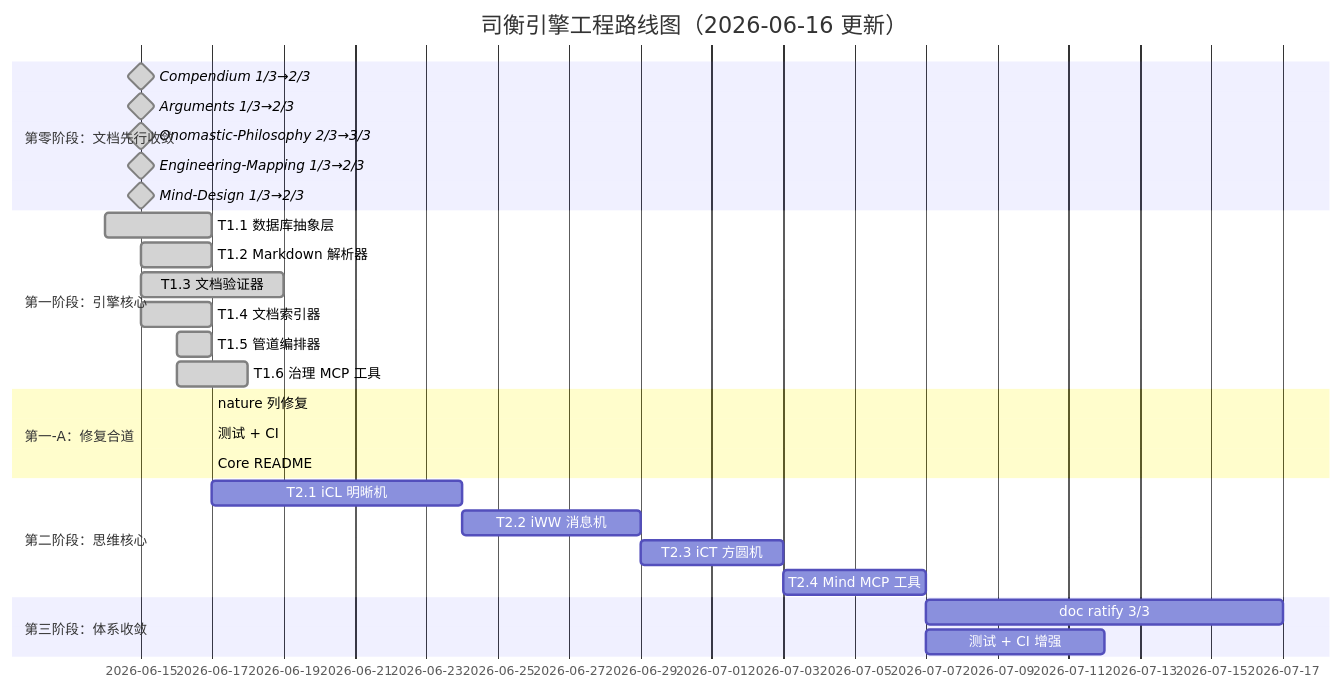
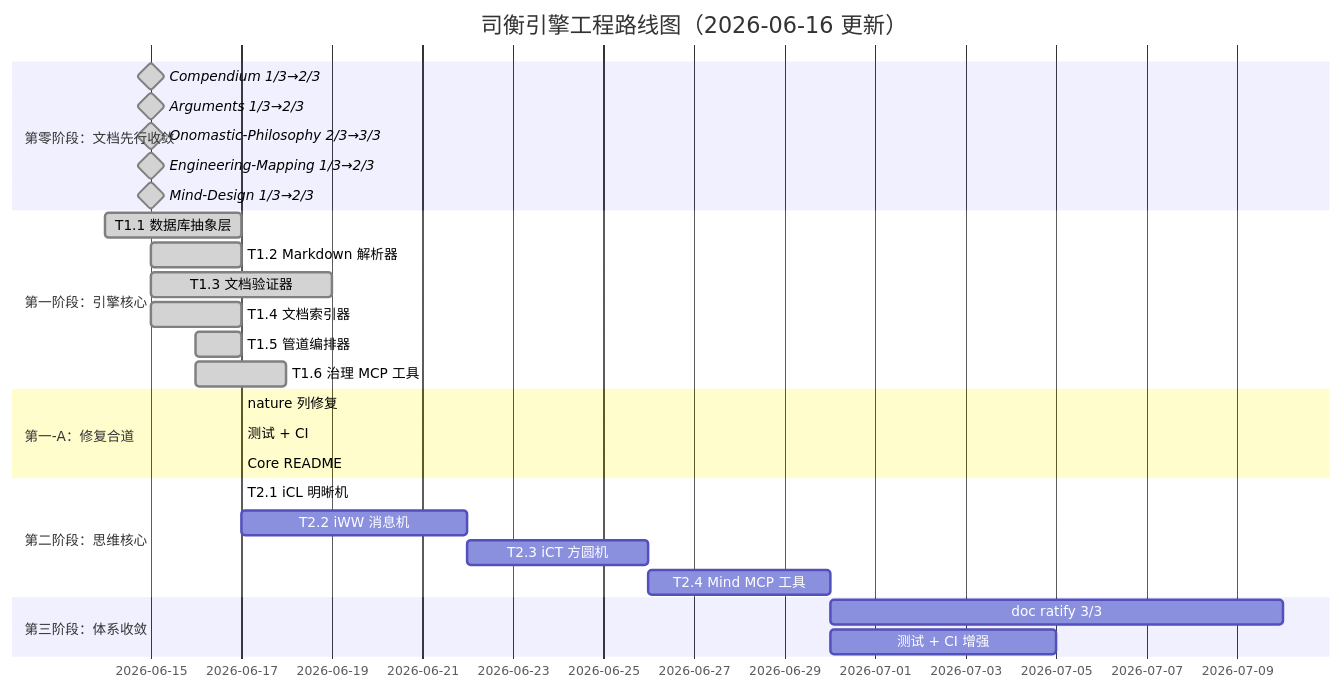
One commit to sgmov/sihankor changed the third of 3 diagrams in docs/specs/engineering/SiHankor-Engine-Roadmap.sih.md. Above: the diagram before and after it, drawn with Mermaid. The commit also changed other lines of this file and 5 other files, not shown here.

````diff
--- a/docs/specs/engineering/SiHankor-Engine-Roadmap.sih.md
+++ b/docs/specs/engineering/SiHankor-Engine-Roadmap.sih.md
@@ -376,30 +377,30 @@
 ```mermaid
 gantt
     title 司衡引擎工程路线图（2026-06-16 更新）
     dateFormat  YYYY-MM-DD
     section 第零阶段：文档先行收敛
     Compendium 1/3→2/3          :milestone, done, d1, 2026-06-15, 0d
     Arguments 1/3→2/3           :milestone, done, d2, 2026-06-15, 0d
     Onomastic-Philosophy 2/3→3/3 :milestone, done, d3, 2026-06-15, 0d
     Engineering-Mapping 1/3→2/3  :milestone, done, d4, 2026-06-15, 0d
     Mind-Design 1/3→2/3         :milestone, done, d5, 2026-06-15, 0d
     section 第一阶段：引擎核心
     T1.1 数据库抽象层           :done, a1, 2026-06-14, 3d
     T1.2 Markdown 解析器         :done, a2, 2026-06-15, 2d
     T1.3 文档验证器              :done, a3, 2026-06-15, 4d
     T1.4 文档索引器              :done, a4, 2026-06-15, 2d
     T1.5 管道编排器              :done, a5, 2026-06-16, 1d
     T1.6 治理 MCP 工具           :done, a6, 2026-06-16, 2d
     section 第一-A：修复合道
     nature 列修复                :done, a7, 2026-06-17, 0d
     测试 + CI                    :done, a8, 2026-06-17, 0d
     Core README                  :done, a9, 2026-06-17, 0d
     section 第二阶段：思维核心
-    T2.1 iCL 明晰机              :b1, after a9, 7d
+    T2.1 iCL 明晰机              :done, b1, 2026-06-17, 0d
     T2.2 iWW 消息机              :b2, after b1, 5d
     T2.3 iCT 方圆机              :b3, after b2, 4d
     T2.4 Mind MCP 工具           :b4, after b3, 4d
     section 第三阶段：体系收敛
     doc ratify 3/3              :c1, after b4, 10d
     测试 + CI 增强              :c3, after b4, 5d
 ```
````
